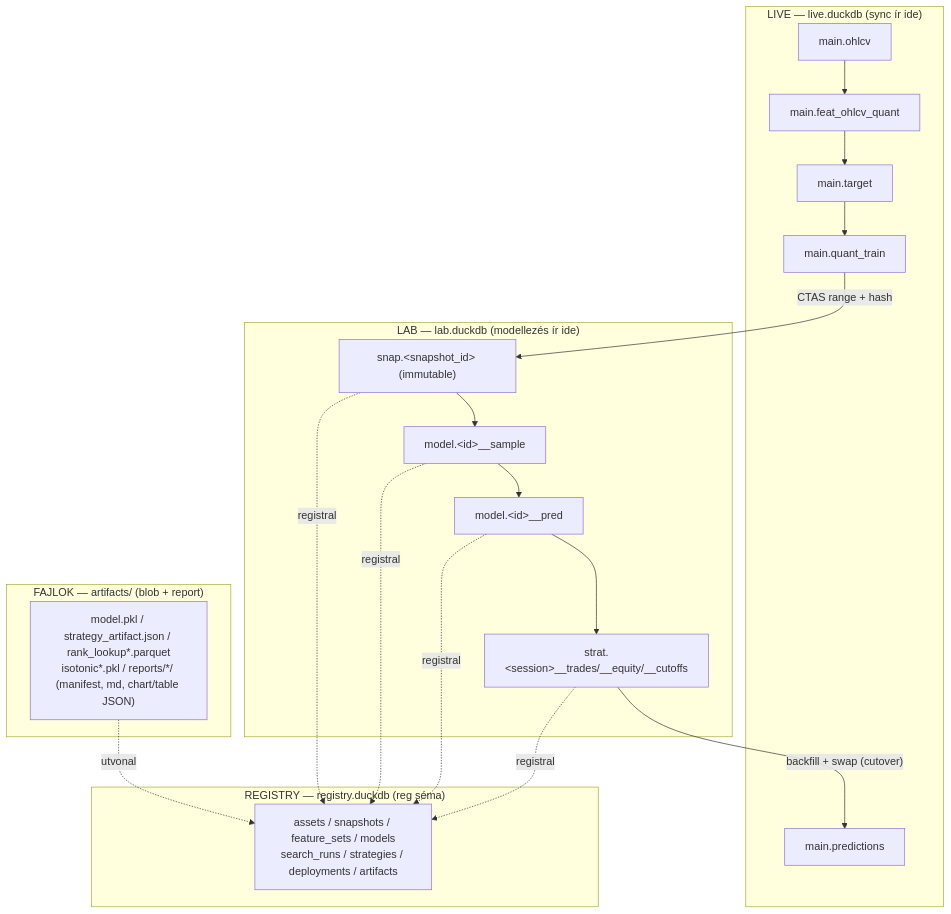
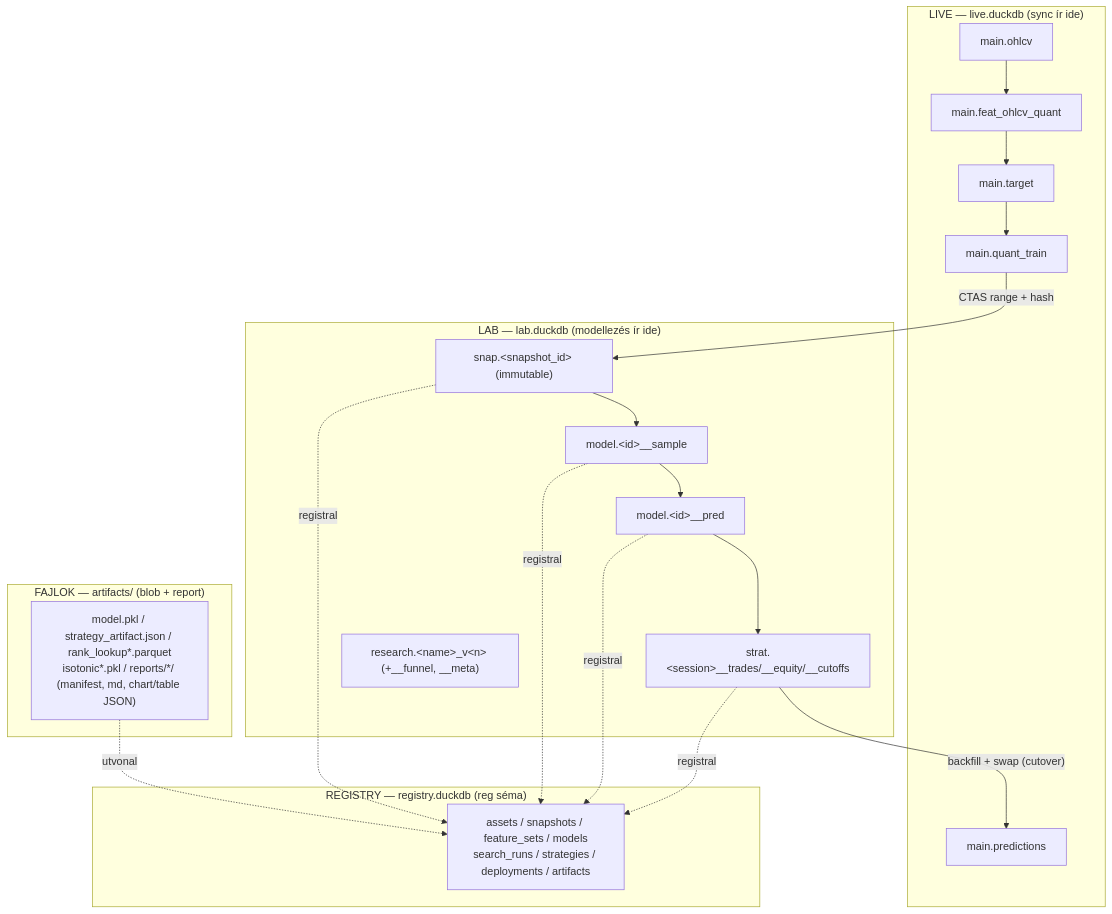
The first of 4 diagrams in _doc_/database_and_code_doc/0002_data_architecture.md (Nemesis14/chronoquant), drawn with Mermaid before and after one commit. The commit also changed other lines of this file and 2329 other files, not shown here.

````diff
--- a/_doc_/database_and_code_doc/0002_data_architecture.md
+++ b/_doc_/database_and_code_doc/0002_data_architecture.md
@@ -11,35 +11,36 @@
 ```mermaid
 flowchart TD
   subgraph LIVE["LIVE — live.duckdb (sync ír ide)"]
     OH["main.ohlcv"] --> FE["main.feat_ohlcv_quant"]
     FE --> TG["main.target"]
     TG --> QT["main.quant_train"]
     PR["main.predictions"]
   end
 
   subgraph LAB["LAB — lab.duckdb (modellezés ír ide)"]
     SNAP["snap.&lt;snapshot_id&gt; (immutable)"]
     SAMP["model.&lt;id&gt;__sample"]
     PRED["model.&lt;id&gt;__pred"]
     STR["strat.&lt;session&gt;__trades/__equity/__cutoffs"]
+    RES["research.&lt;name&gt;_v&lt;n&gt; (+__funnel, __meta)"]
   end
 
   subgraph REG["REGISTRY — registry.duckdb (reg séma)"]
     RG["assets / snapshots / feature_sets / models\nsearch_runs / strategies / deployments / artifacts"]
   end
 
   subgraph FILES["FAJLOK — artifacts/ (blob + report)"]
     F["model.pkl / strategy_artifact.json / rank_lookup*.parquet\nisotonic*.pkl / reports/*/ (manifest, md, chart/table JSON)"]
   end
 
   QT -->|"CTAS range + hash"| SNAP
   SNAP --> SAMP
   SAMP --> PRED
   PRED --> STR
   STR -->|"backfill + swap (cutover)"| PR
   SNAP -.->|registral| RG
   SAMP -.->|registral| RG
   PRED -.->|registral| RG
   STR  -.->|registral| RG
   F    -.->|utvonal| RG
 ```
````
